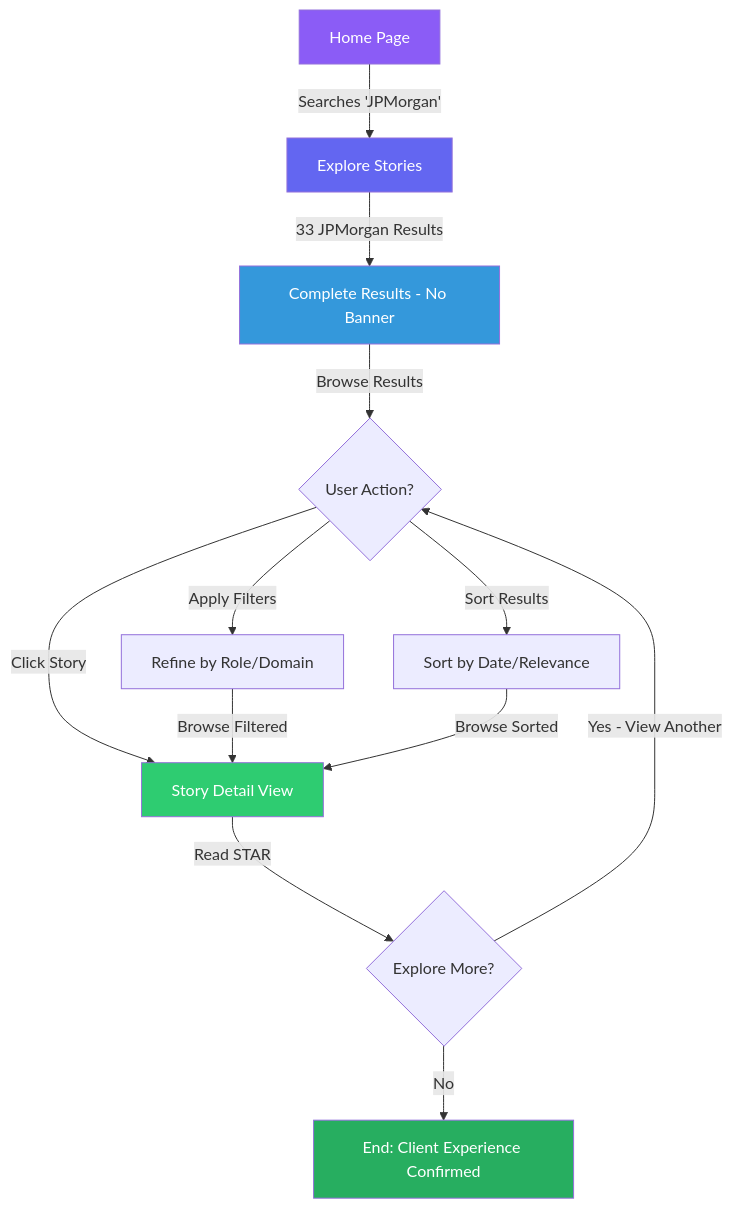
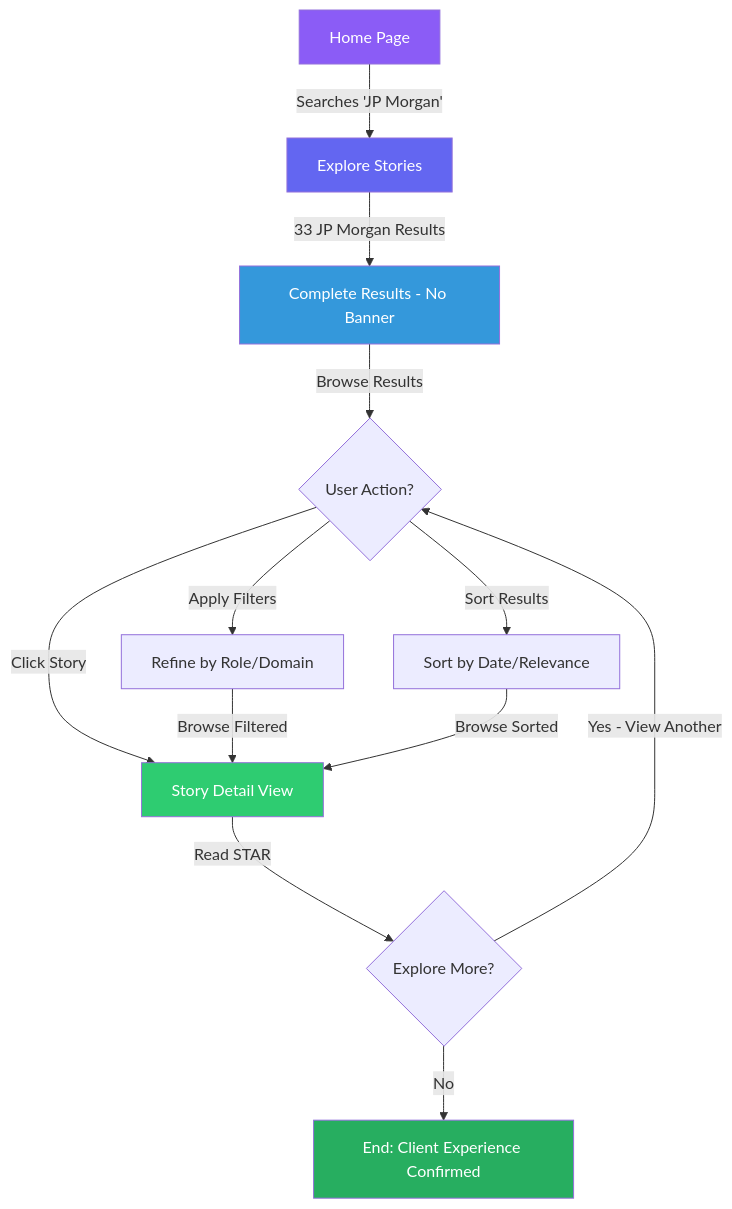
The diagram in images/wireflows/flow6-direct-search.mmd (mcpugmire1/mattgpt-design-spec), drawn with Mermaid before and after one commit. The commit also changed 25 other files, not shown here.

First line of the commit message:
Fix entity name: JPMorgan → JP Morgan throughout documentation

```diff
--- a/images/wireflows/flow6-direct-search.mmd
+++ b/images/wireflows/flow6-direct-search.mmd
@@ -1,18 +1,18 @@
 graph TD
-    A[Home Page] -->|Searches 'JPMorgan'| B[Explore Stories]
-    B -->|33 JPMorgan Results| C[Complete Results - No Banner]
+    A[Home Page] -->|Searches 'JP Morgan'| B[Explore Stories]
+    B -->|33 JP Morgan Results| C[Complete Results - No Banner]
     C -->|Browse Results| D{User Action?}
     D -->|Apply Filters| E[Refine by Role/Domain]
     D -->|Sort Results| F[Sort by Date/Relevance]
     D -->|Click Story| G[Story Detail View]
     E -->|Browse Filtered| G
     F -->|Browse Sorted| G
     G -->|Read STAR| H{Explore More?}
     H -->|Yes - View Another| D
     H -->|No| I[End: Client Experience Confirmed]
 
     style A fill:#8B5CF6,color:#fff
     style B fill:#6366F1,color:#fff
     style C fill:#3498DB,color:#fff
     style G fill:#2ECC71,color:#fff
     style I fill:#27AE60,color:#fff
```
